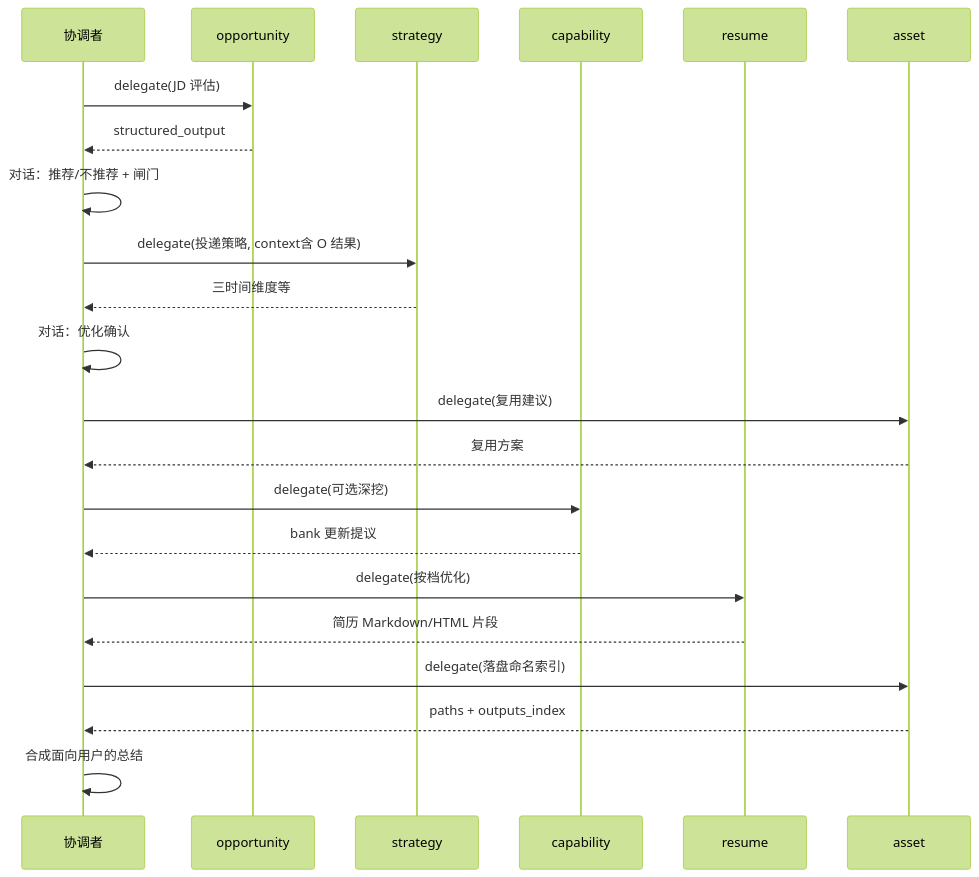
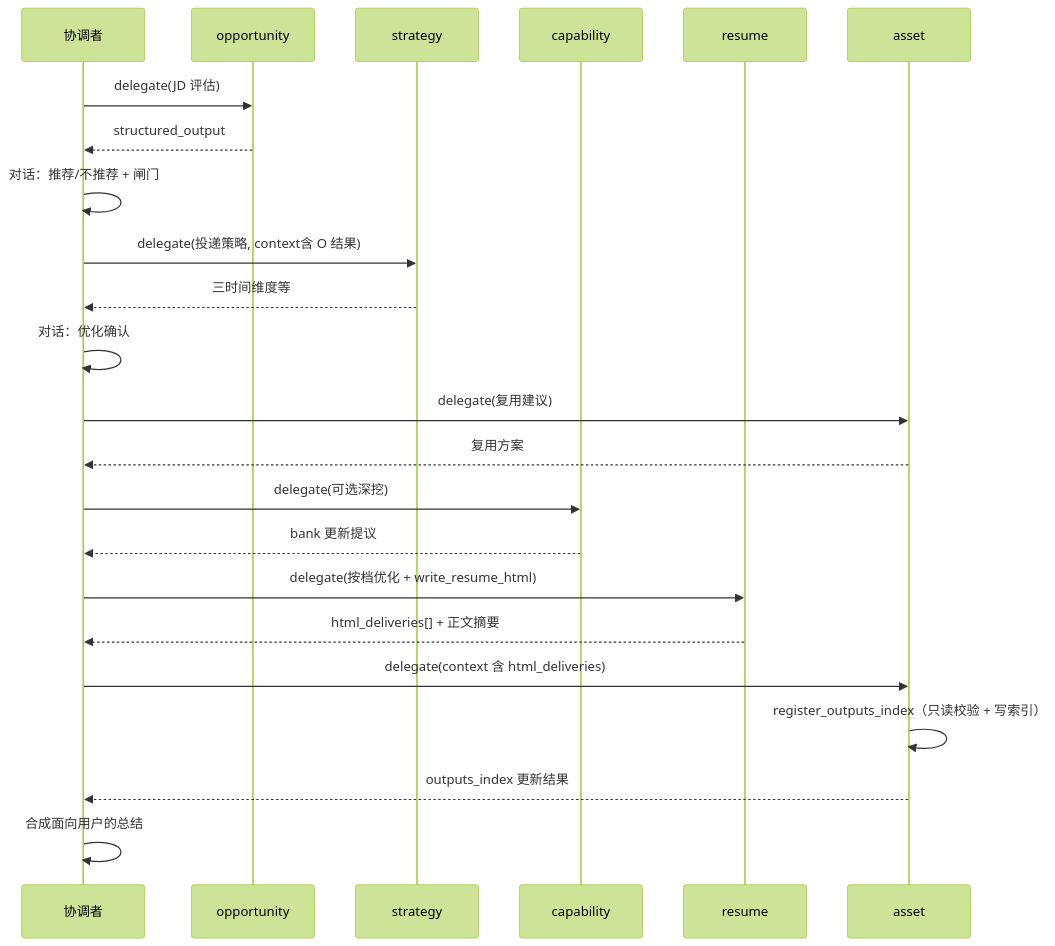
One commit to CatNum/AI-Optimized-Resume-V2 changed the third of 5 diagrams in docs/architecture/01-协调者与Worker.md. Above: the diagram before and after it, drawn with Mermaid (forest theme). The commit also changed other lines of this file and 16 other files, not shown here.

First line of the commit message:
docs(architecture): 同步 brainstorm 架构决策与 HTML 交付 Tool schema

````diff
--- a/docs/architecture/01-协调者与Worker.md
+++ b/docs/architecture/01-协调者与Worker.md
@@ -153,25 +184,26 @@
 ```mermaid
 sequenceDiagram
   participant C as 协调者
   participant O as opportunity
   participant S as strategy
   participant Cap as capability
   participant R as resume
   participant A as asset
 
   C->>O: delegate(JD 评估)
   O-->>C: structured_output
   C->>C: 对话：推荐/不推荐 + 闸门
   C->>S: delegate(投递策略, context含 O 结果)
   S-->>C: 三时间维度等
   C->>C: 对话：优化确认
   C->>A: delegate(复用建议)
   A-->>C: 复用方案
   C->>Cap: delegate(可选深挖)
   Cap-->>C: bank 更新提议
-  C->>R: delegate(按档优化)
-  R-->>C: 简历 Markdown/HTML 片段
-  C->>A: delegate(落盘命名索引)
-  A-->>C: paths + outputs_index
+  C->>R: delegate(按档优化 + write_resume_html)
+  R-->>C: html_deliveries[] + 正文摘要
+  C->>A: delegate(context 含 html_deliveries)
+  A->>A: register_outputs_index（只读校验 + 写索引）
+  A-->>C: outputs_index 更新结果
   C->>C: 合成面向用户的总结
 ```
````
